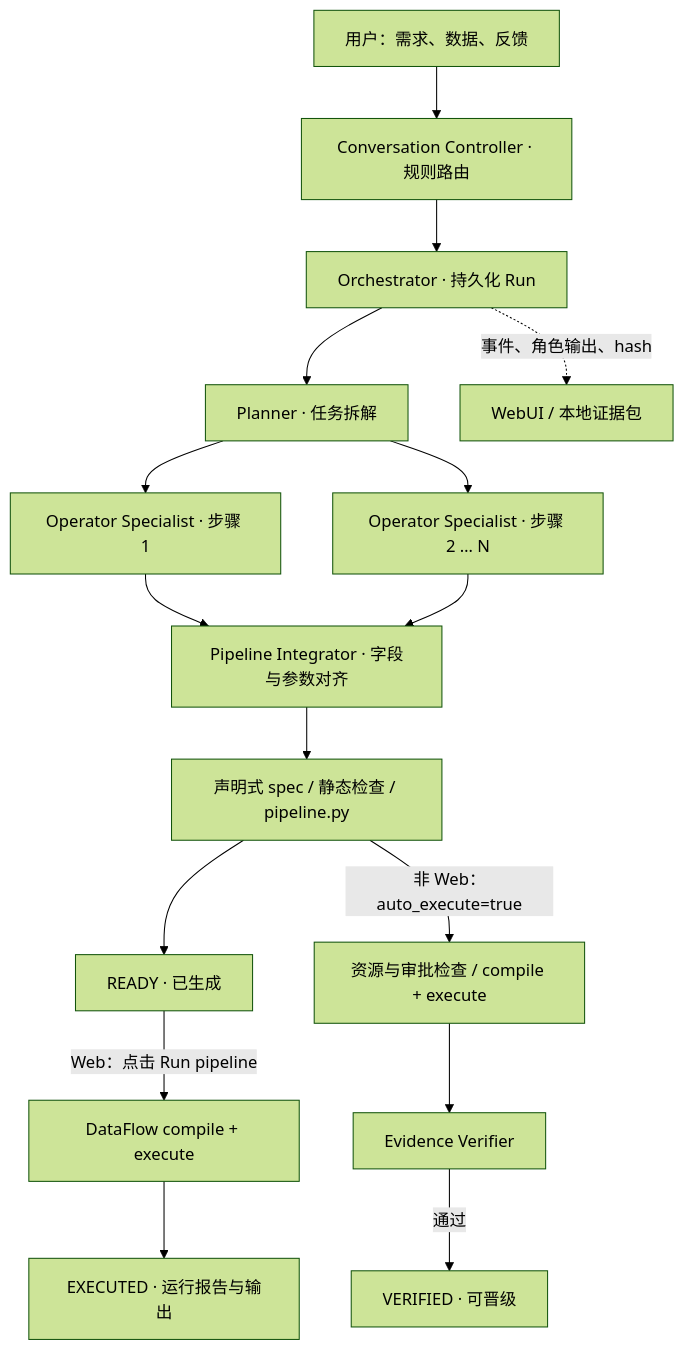
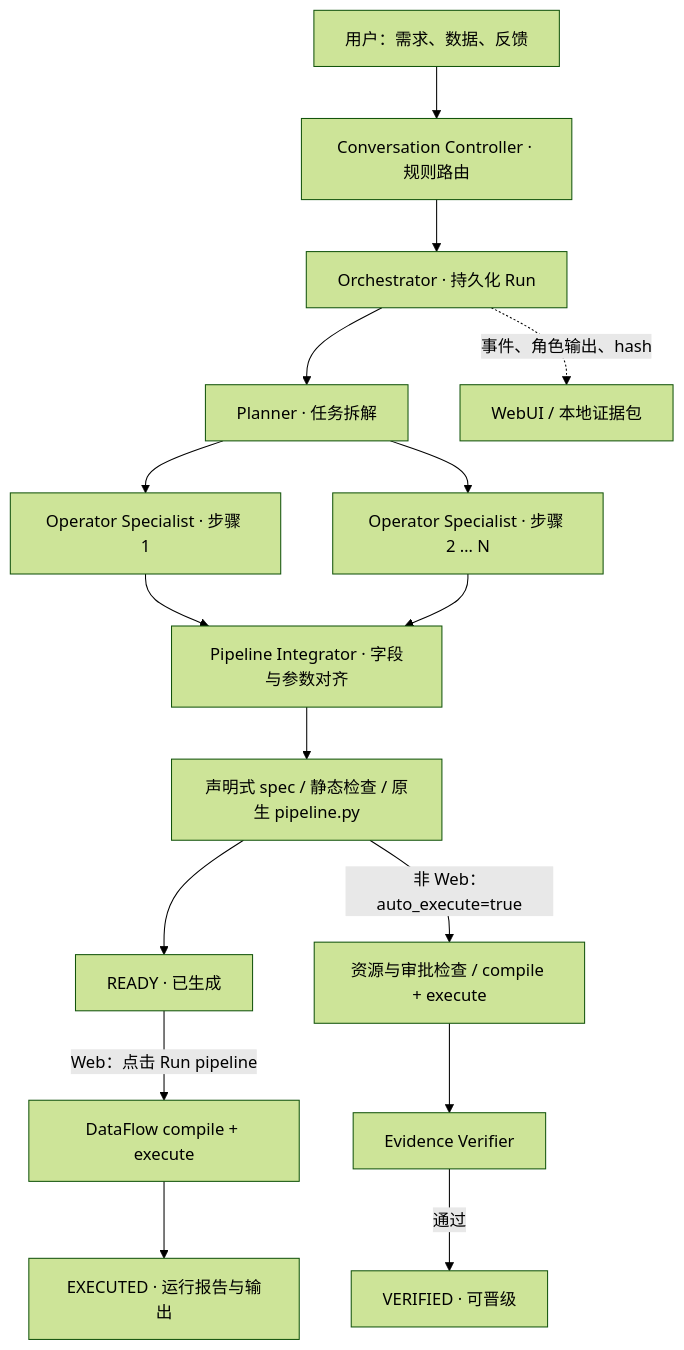
Before and after one commit to HeRunming/dataflow-mul-agent: the diagram in README.md, drawn with Mermaid (forest theme). The commit also changed other lines of this file and 13 other files, not shown here.

````diff
--- a/README.md
+++ b/README.md
@@ -39,18 +40,18 @@
 ```mermaid
 flowchart TD
     U[用户：需求、数据、反馈] --> C[Conversation Controller · 规则路由]
     C --> O[Orchestrator · 持久化 Run]
     O --> P[Planner · 任务拆解]
     P --> S1[Operator Specialist · 步骤 1]
     P --> S2[Operator Specialist · 步骤 2 … N]
     S1 --> I[Pipeline Integrator · 字段与参数对齐]
     S2 --> I
-    I --> G[声明式 spec / 静态检查 / pipeline.py]
+    I --> G[声明式 spec / 静态检查 / 原生 pipeline.py]
     G --> R[READY · 已生成]
     R -->|Web：点击 Run pipeline| X[DataFlow compile + execute]
     X --> E[EXECUTED · 运行报告与输出]
     G -->|非 Web：auto_execute=true| A[资源与审批检查 / compile + execute]
     A --> V[Evidence Verifier]
     V -->|通过| F[VERIFIED · 可晋级]
     O -.事件、角色输出、hash.-> W[WebUI / 本地证据包]
 ```
````
